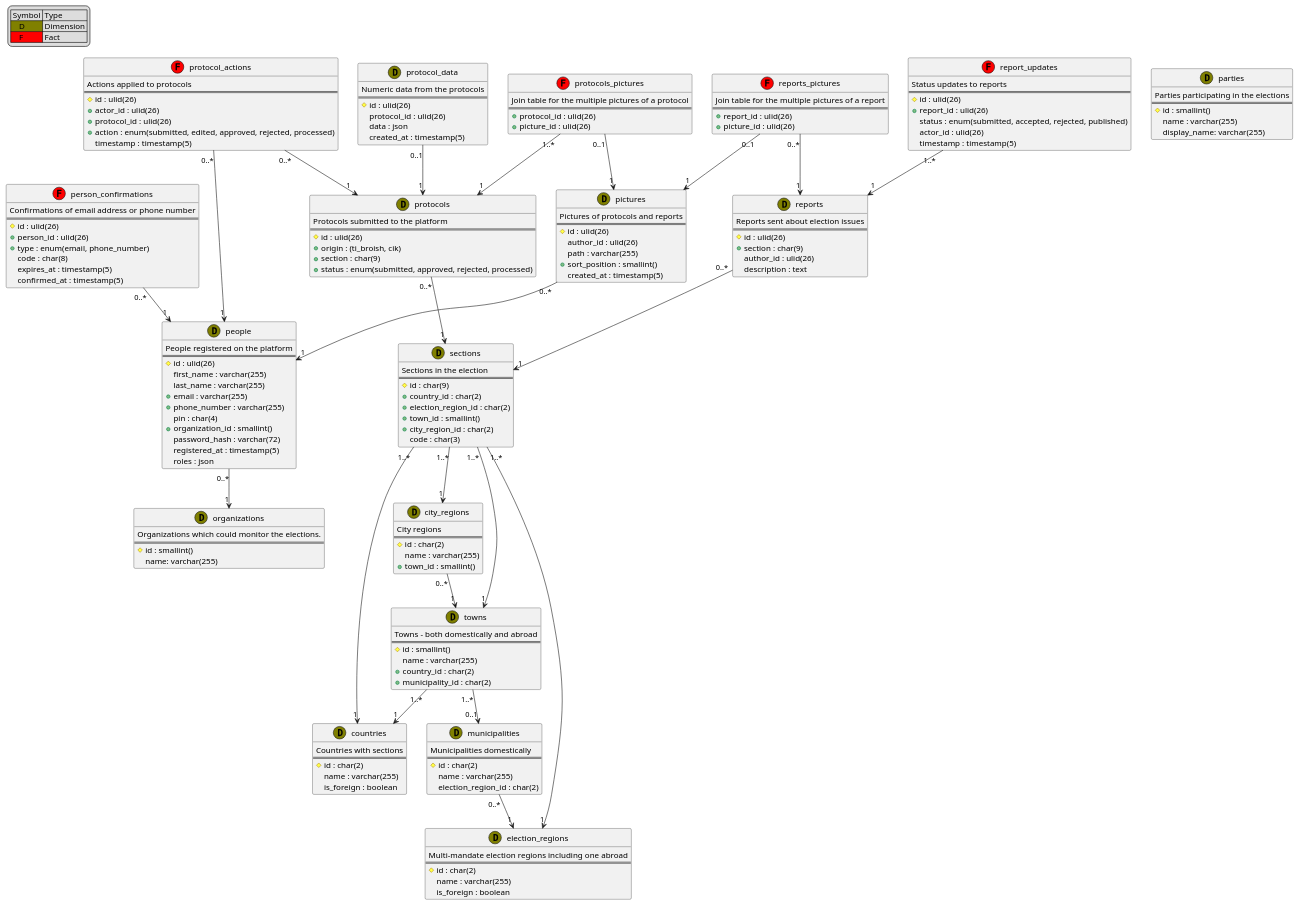
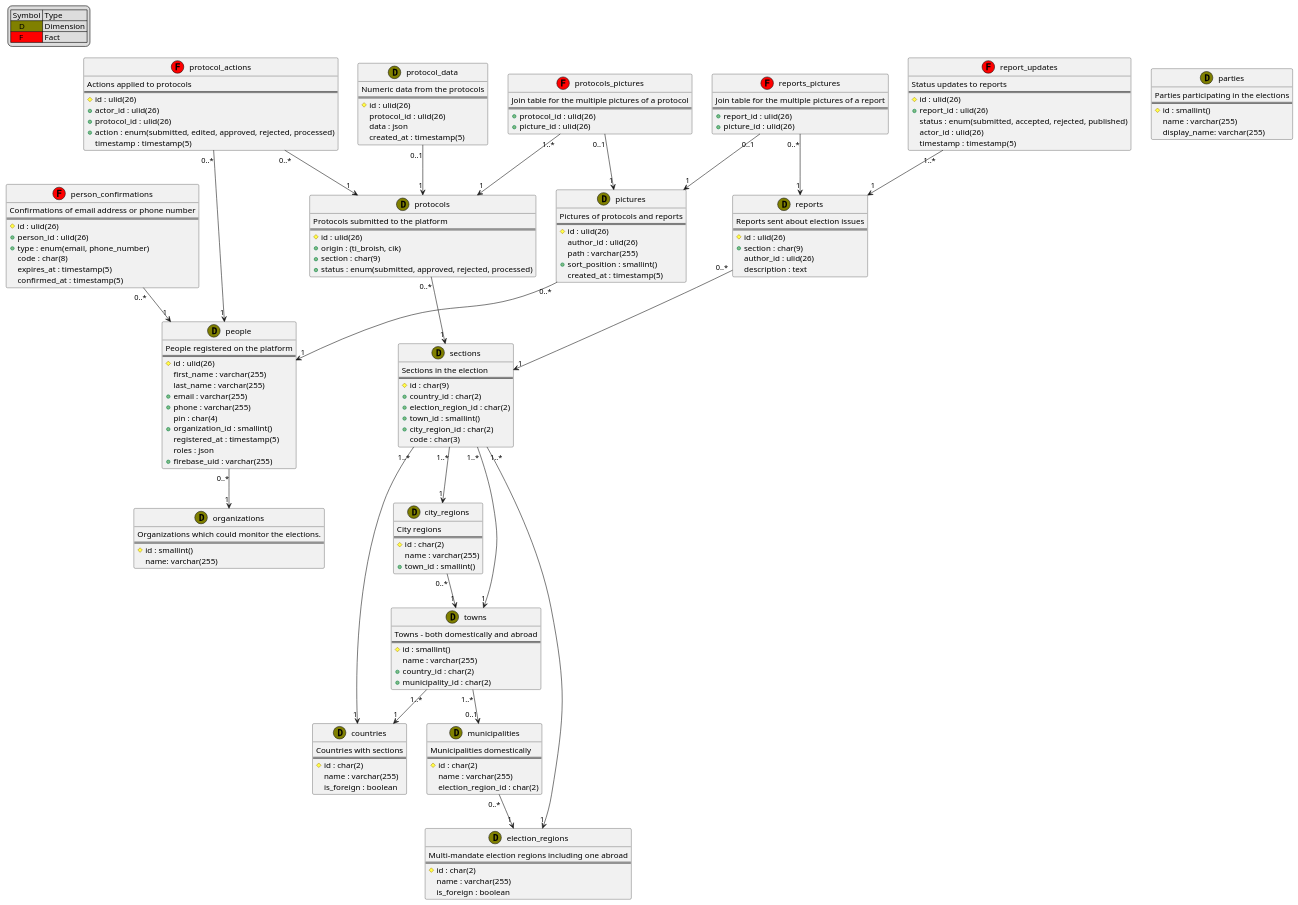
The diagram in src/Контекст/Ти Броиш/База Данни/1.database.puml (ti-broish/docs), drawn with PlantUML before and after one commit.

Commit message:
Update people table for Firebase

```diff
--- a/src/Контекст/Ти Броиш/База Данни/1.database.puml
+++ b/src/Контекст/Ти Броиш/База Данни/1.database.puml
@@ -13,12 +13,12 @@
   first_name : varchar(255)
   last_name : varchar(255)
   +email : varchar(255)
-  +phone_number : varchar(255)
+  +phone : varchar(255)
   pin : char(4)
   +organization_id : smallint()
-  password_hash : varchar(72)
   registered_at : timestamp(5)
   roles : json
+  +firebase_uid : varchar(255)
 }
 
 person_confirmations "0..*" --> "1" people
```
